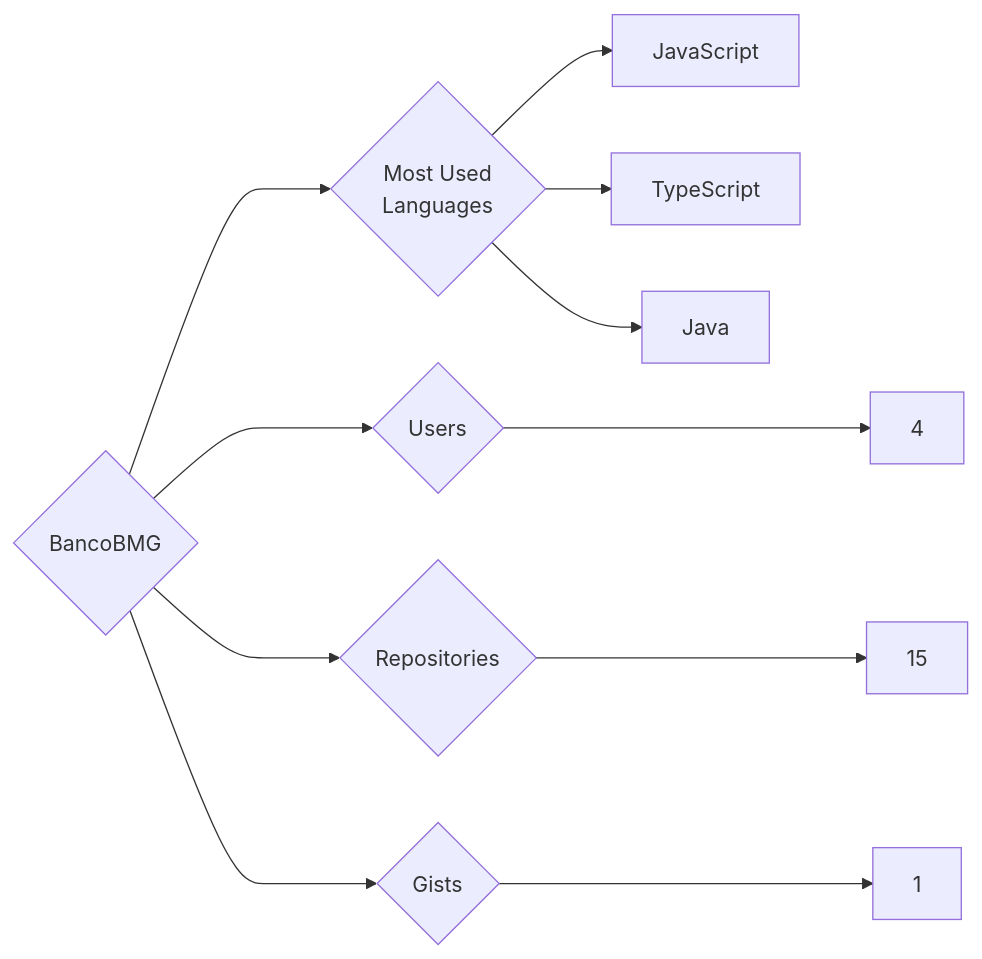
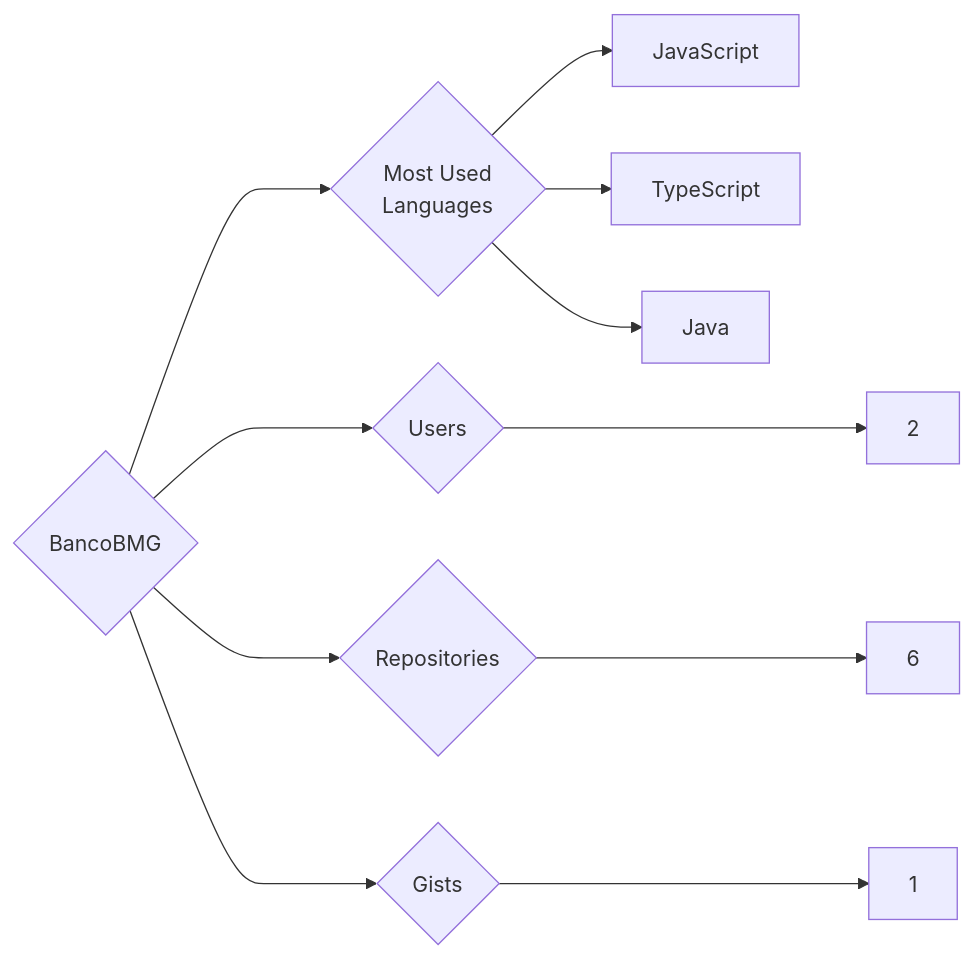
Before and after one commit to trickest/insiders: the diagram in targets/BancoBMG/README.md, drawn with Mermaid. The commit also changed 1007 other files, not shown here.

````diff
--- a/targets/BancoBMG/README.md
+++ b/targets/BancoBMG/README.md
@@ -3,11 +3,11 @@
 ```mermaid
 graph LR
 COMPANY_NAME{BancoBMG}
-COMPANY_NAME ---> U{Users} ---> UN[4]
-COMPANY_NAME ---> R{Repositories} ---> RN[15]
+COMPANY_NAME ---> U{Users} ---> UN[2]
+COMPANY_NAME ---> R{Repositories} ---> RN[6]
 COMPANY_NAME ---> G{Gists} ---> GN[1]
 COMPANY_NAME ---> ML{Most Used<br>Languages}
 ML --> JavaScript[JavaScript]
 ML --> TypeScript[TypeScript]
 ML --> Java[Java]
 ```
````
